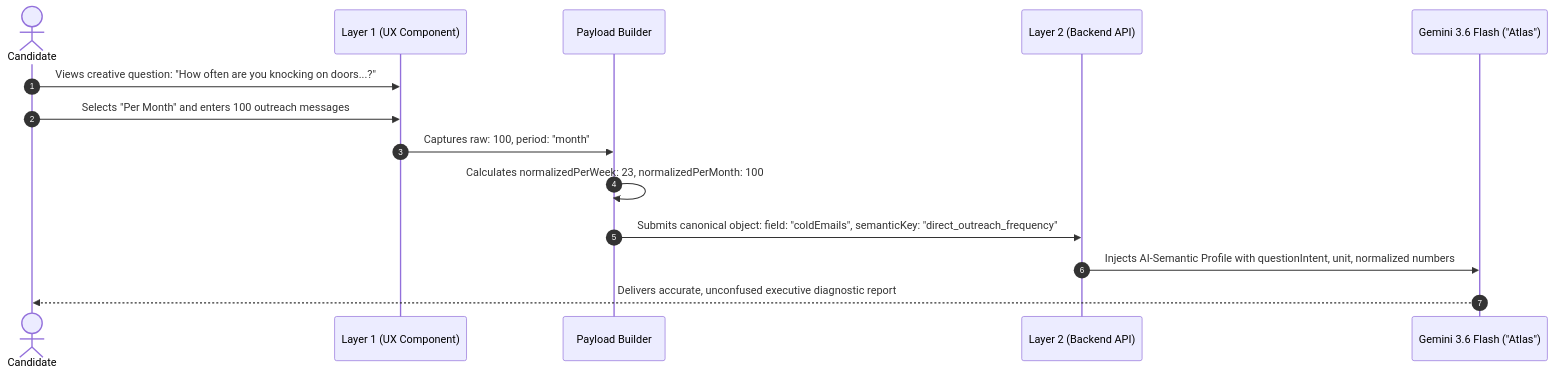
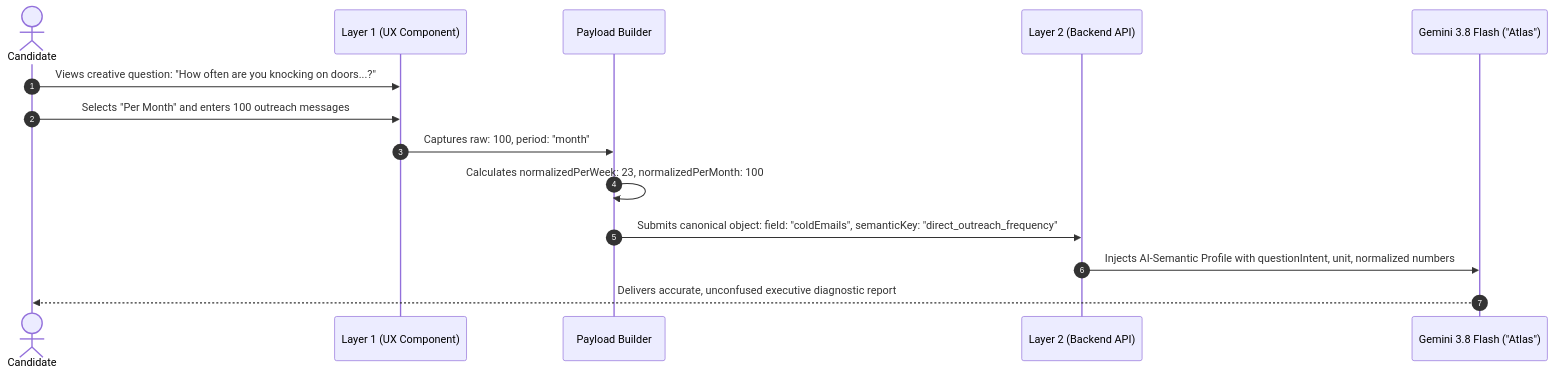
Before and after one commit to Aditya-2629/carrer-gps-asessment: the third of 3 diagrams in docs/ARCHITECTURE.md, drawn with Mermaid. The commit also changed other lines of this file and 27 other files, not shown here.

First line of the commit message:
feat: integrate Gemini 3.8 Flash multi-key fallback, enhance report question focus, and remove tool stack

````diff
--- a/docs/ARCHITECTURE.md
+++ b/docs/ARCHITECTURE.md
@@ -86,17 +87,17 @@
 ```mermaid
 sequenceDiagram
     autonumber
     actor User as Candidate
     participant UI as Layer 1 (UX Component)
     participant Payload as Payload Builder
     participant Backend as Layer 2 (Backend API)
-    participant Atlas as Gemini 3.6 Flash ("Atlas")
+    participant Atlas as Gemini 3.8 Flash ("Atlas")
 
     User->>UI: Views creative question: "How often are you knocking on doors...?"
     User->>UI: Selects "Per Month" and enters 100 outreach messages
     UI->>Payload: Captures raw: 100, period: "month"
     Payload->>Payload: Calculates normalizedPerWeek: 23, normalizedPerMonth: 100
     Payload->>Backend: Submits canonical object: field: "coldEmails", semanticKey: "direct_outreach_frequency"
     Backend->>Atlas: Injects AI-Semantic Profile with questionIntent, unit, normalized numbers
     Atlas-->>User: Delivers accurate, unconfused executive diagnostic report
 ```
````
